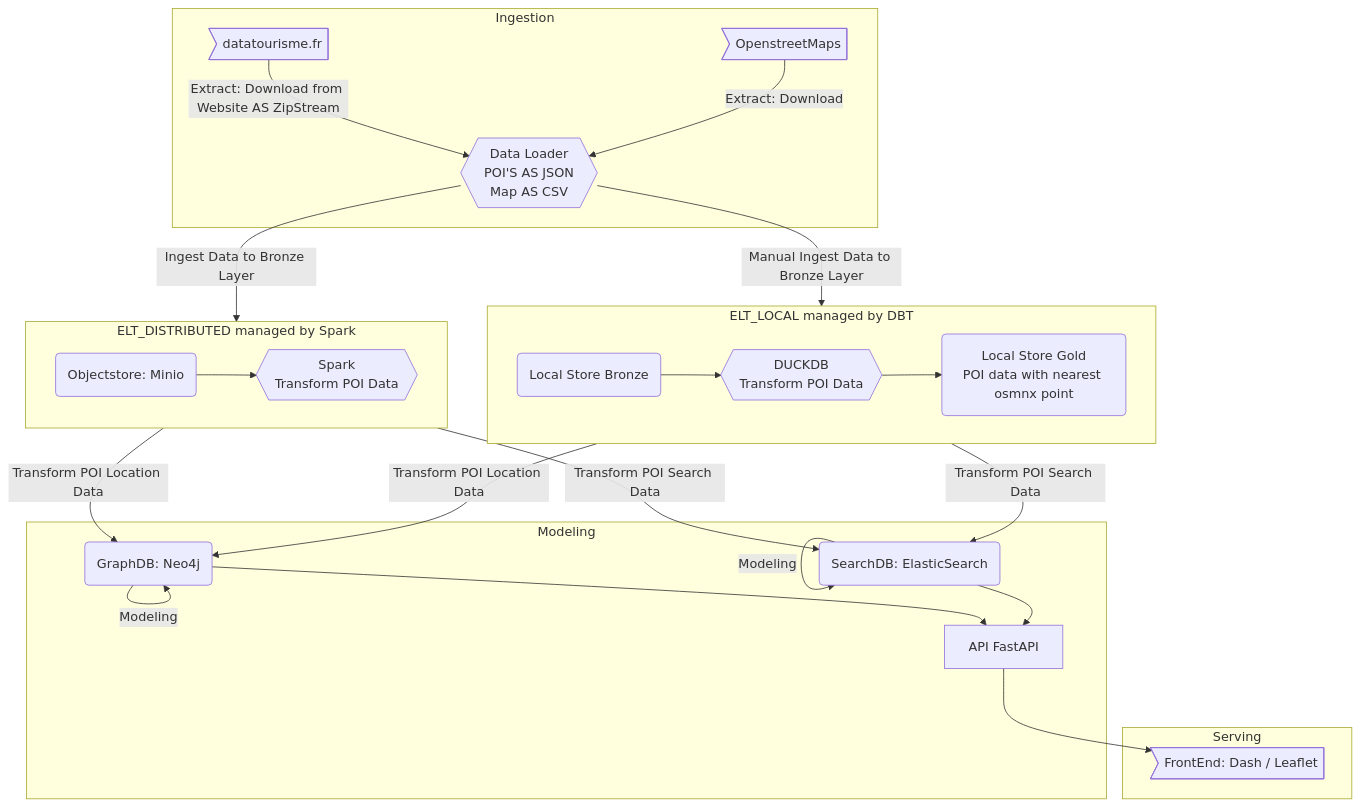
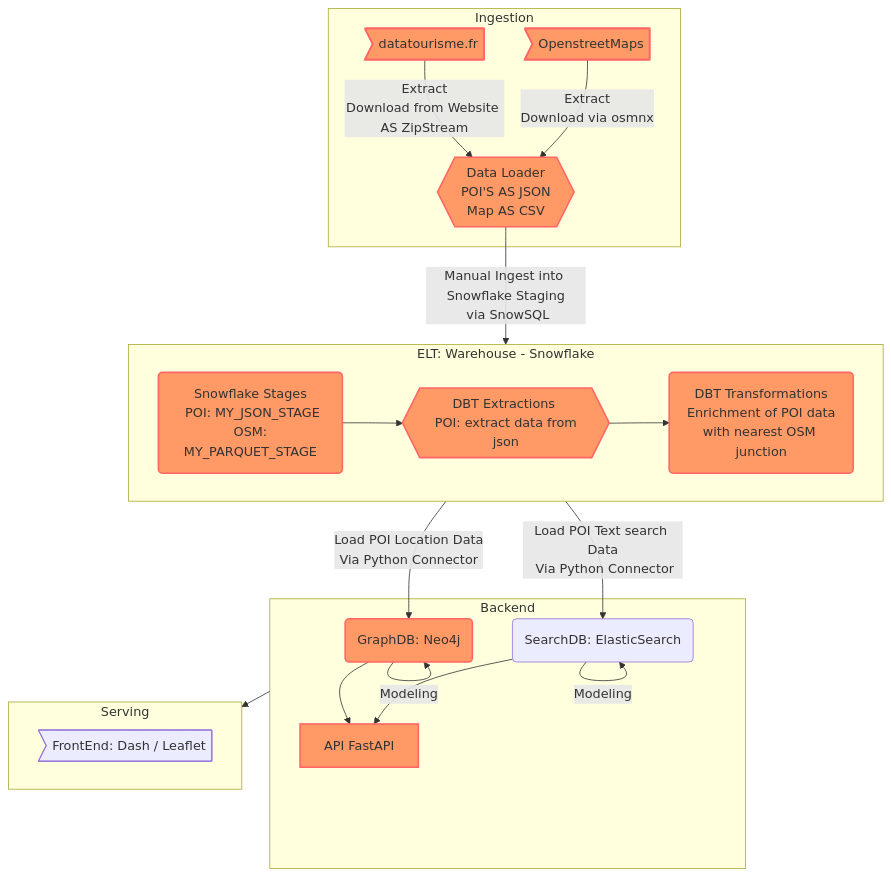
The diagram in README.md (MatthausHaberkorn/de_dbtsnow_poi), drawn with Mermaid before and after one commit. The commit also changed other lines of this file, not shown here.

Commit message:
refactored the mermaid flowchart to display actual project status

````diff
--- a/README.md
+++ b/README.md
@@ -130,32 +134,32 @@
 ```mermaid
 flowchart TB
     subgraph  id10 [Ingestion]
-    id1>datatourisme.fr]-- Extract: Download from Website AS ZipStream --> id2{{Data Loader\nPOI'S AS JSON \n Map AS CSV}}
-    id3>OpenstreetMaps]-- Extract: Download -->id2
+    id1>datatourisme.fr]-- Extract\nDownload from Website AS ZipStream --> id2{{Data Loader\nPOI'S AS JSON \n Map AS CSV}}
+    id3>OpenstreetMaps]-- Extract\n Download via osmnx -->id2
     end
-    subgraph id11 [ELT_DISTRIBUTED managed by Spark]
-    id4(Objectstore: Minio)-->
-    id5{{Spark \n Transform POI Data}}
+
+    subgraph id14 [ELT: Warehouse - Snowflake]
+    id21(Snowflake Stages\n POI: MY_JSON_STAGE\n OSM: MY_PARQUET_STAGE)-->
+
+    id22{{DBT Extractions \n POI: extract data from json }}-->
+    id23(DBT Transformations\n Enrichment of POI data with nearest OSM junction)
     end
-    subgraph id14 [ELT_LOCAL managed by DBT]
-    id21(Local Store Bronze)-->
-    id22{{DUCKDB \n Transform POI Data}}-->
-    id23(Local Store Gold\nPOI data with nearest osmnx point)
-    end
-    id2 -- Ingest Data to Bronze Layer --> id11
-    id2 -- Manual Ingest Data to Bronze Layer --> id14
-    subgraph id12 [Modeling]
+
+    id2 -- Manual Ingest into Snowflake Staging\n via SnowSQL --> id14
+    subgraph id12 [Backend]
     id6(GraphDB: Neo4j) --> id7[API FastAPI]
     id8(SearchDB: ElasticSearch) --> id7
     end
-    id11 -- Transform POI Location Data --> id6
-    id11 -- Transform POI Search Data --> id8
-    id14 -- Transform POI Location Data --> id6
-    id14 -- Transform POI Search Data --> id8
+
+    id14 -- Load POI Location Data\n Via Python Connector --> id6
+    id14 -- Load POI Text search Data\n Via Python Connector  --> id8
     id6 -- Modeling --> id6
     id8 -- Modeling --> id8
     subgraph id13 [Serving]
     id9>FrontEnd: Dash / Leaflet]
     end
-    id7 --> id9
+    id12 --> id13
+
+classDef myClass fill:#f96,stroke:#f66,stroke-width:2px;
+    class id1,id2,id3,id21,id22,id23,id6,id7 myClass;
 ```
````
